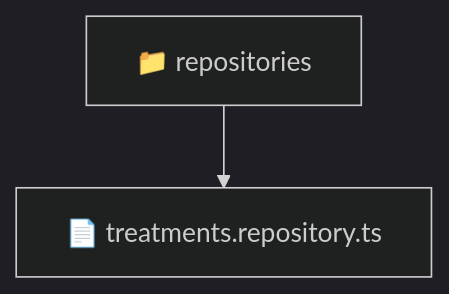
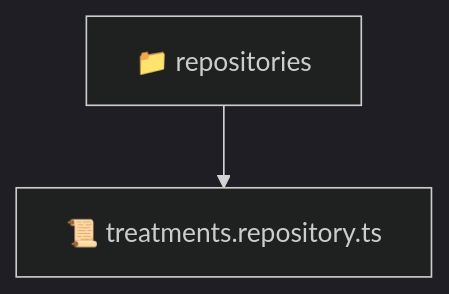
The diagram in backend/src/modules/treatments/infrastructure/repositories/README.md (beginwebdev2002/fullstack-mavluda), drawn with Mermaid (dark theme) before and after one commit. The commit also changed other lines of this file and 163 other files, not shown here.

````diff
--- a/backend/src/modules/treatments/infrastructure/repositories/README.md
+++ b/backend/src/modules/treatments/infrastructure/repositories/README.md
@@ -9,5 +9,5 @@
 ```mermaid
 graph TD
-  Root["📁 repositories"]
-  Root --> treatments_repository_ts["📄 treatments.repository.ts"]
+  repositories["📁 repositories"]
+  repositories --> treatments_repository_ts["📜 treatments.repository.ts"]
 ```
````
